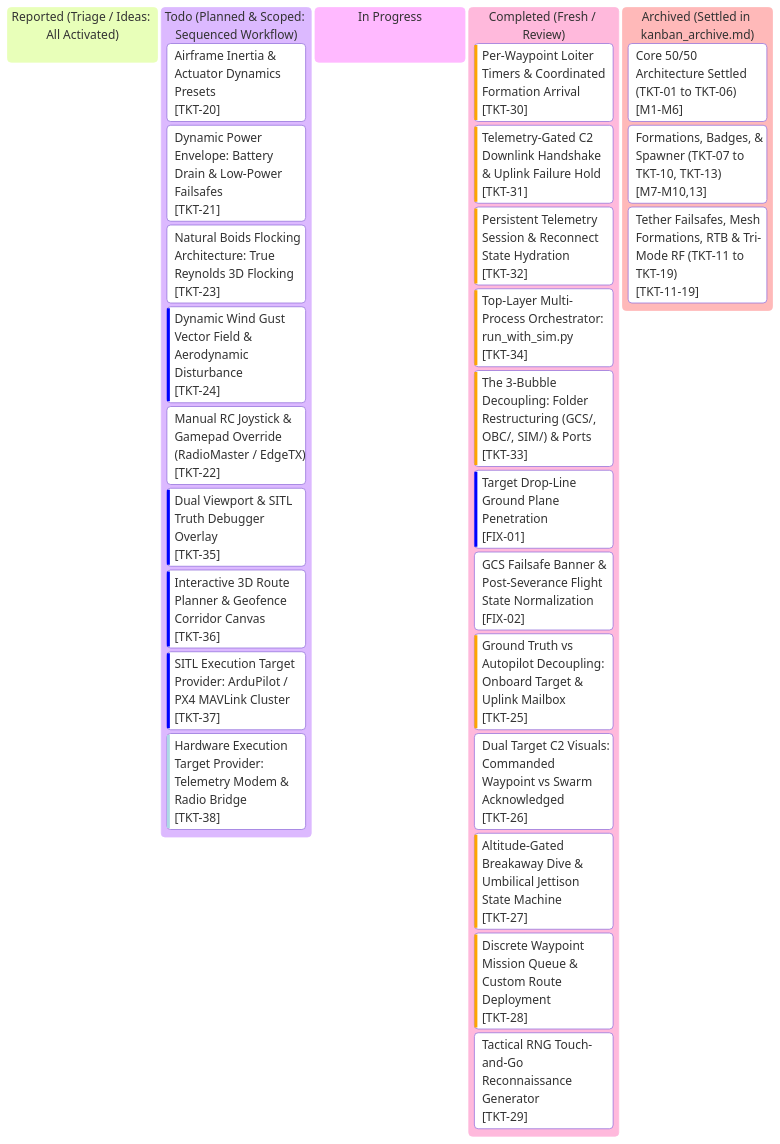
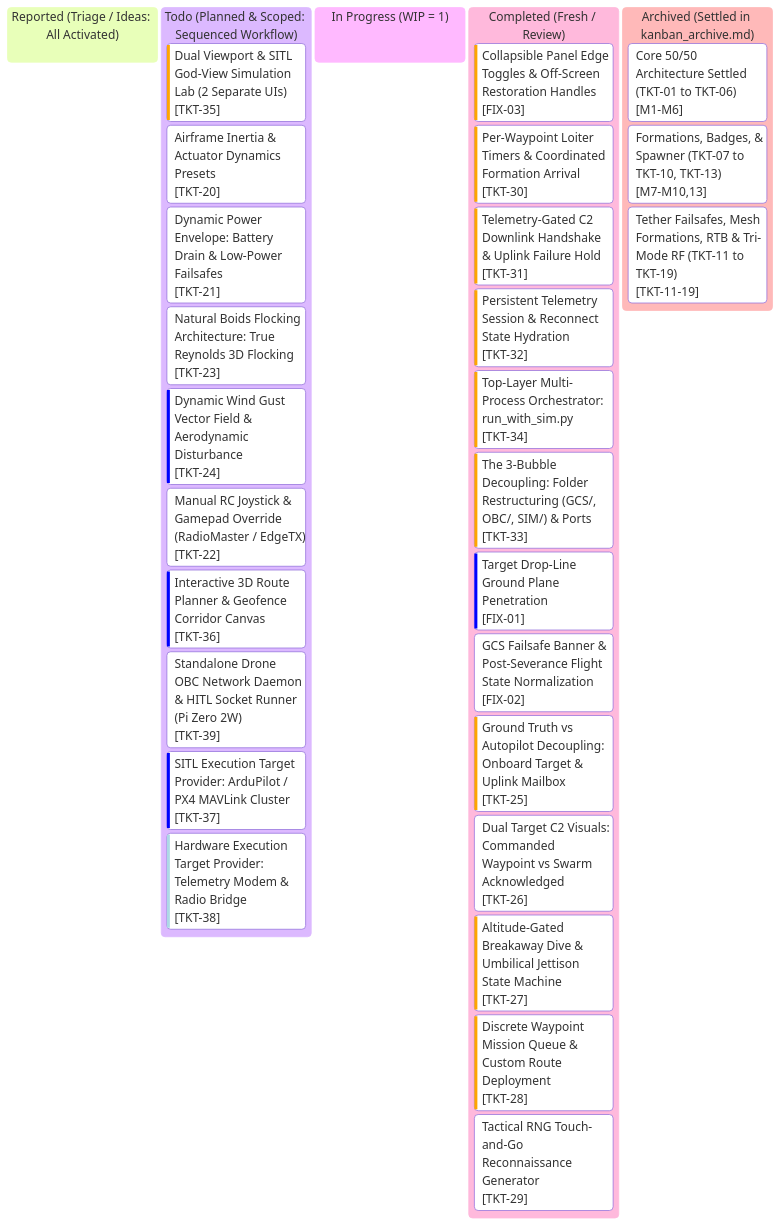
The diagram in kanban.md (AlitheiaDeus/SwarmTech_v3-Uprising), drawn with Mermaid before and after one commit. The commit also changed other lines of this file and 4 other files, not shown here.

First line of the commit message:
fix(ui): add edge restoration tabs for collapsible panels [FIX-03]

````diff
--- a/kanban.md
+++ b/kanban.md
@@ -10,52 +10,54 @@
 ```mermaid
 %%{init: {
   'theme': 'base',
   'themeVariables': {
     'primaryColor': '#0d2235',
     'primaryTextColor': '#d4f4ff',
     'primaryBorderColor': '#00f0ff',
     'lineColor': '#00f0ff',
     'background': '#061019',
     'mainBkg': '#0a1926',
     'secondaryColor': '#081420',
     'secondaryTextColor': '#5a7e96',
     'secondaryBorderColor': '#134e6f',
     'tertiaryColor': '#0e263d',
     'tertiaryTextColor': '#00ffaa',
     'tertiaryBorderColor': '#00ffaa',
     'clusterBkg': '#081420',
     'clusterBorder': '#134e6f',
     'fontFamily': "'JetBrains Mono', 'Courier New', monospace"
   }
 }}%%
 kanban
   reported["Reported (Triage / Ideas: All Activated)"]
   todo["Todo (Planned & Scoped: Sequenced Workflow)"]
+    tkt35["Dual Viewport & SITL God-View Simulation Lab (2 Separate UIs)"]@{ ticket: '[TKT-35]', priority: 'High' }
     tkt20["Airframe Inertia & Actuator Dynamics Presets"]@{ ticket: '[TKT-20]', priority: 'Medium' }
     tkt21["Dynamic Power Envelope: Battery Drain & Low-Power Failsafes"]@{ ticket: '[TKT-21]', priority: 'Medium' }
     tkt23["Natural Boids Flocking Architecture: True Reynolds 3D Flocking"]@{ ticket: '[TKT-23]', priority: 'Medium' }
     tkt24["Dynamic Wind Gust Vector Field & Aerodynamic Disturbance"]@{ ticket: '[TKT-24]', priority: 'Low' }
     tkt22["Manual RC Joystick & Gamepad Override (RadioMaster / EdgeTX)"]@{ ticket: '[TKT-22]', priority: 'Medium' }
-    tkt35["Dual Viewport & SITL Truth Debugger Overlay"]@{ ticket: '[TKT-35]', priority: 'Low' }
     tkt36["Interactive 3D Route Planner & Geofence Corridor Canvas"]@{ ticket: '[TKT-36]', priority: 'Low' }
+    tkt39["Standalone Drone OBC Network Daemon & HITL Socket Runner (Pi Zero 2W)"]@{ ticket: '[TKT-39]', priority: 'Medium' }
     tkt37["SITL Execution Target Provider: ArduPilot / PX4 MAVLink Cluster"]@{ ticket: '[TKT-37]', priority: 'Low' }
     tkt38["Hardware Execution Target Provider: Telemetry Modem & Radio Bridge"]@{ ticket: '[TKT-38]', priority: 'Very Low' }
-  in_progress["In Progress"]
+  in_progress["In Progress (WIP = 1)"]
   completed["Completed (Fresh / Review)"]
+    fix03["Collapsible Panel Edge Toggles & Off-Screen Restoration Handles"]@{ ticket: '[FIX-03]', priority: 'High' }
     tkt30["Per-Waypoint Loiter Timers & Coordinated Formation Arrival"]@{ ticket: '[TKT-30]', priority: 'High' }
     tkt31["Telemetry-Gated C2 Downlink Handshake & Uplink Failure Hold"]@{ ticket: '[TKT-31]', priority: 'High' }
     tkt32["Persistent Telemetry Session & Reconnect State Hydration"]@{ ticket: '[TKT-32]', priority: 'High' }
     tkt34["Top-Layer Multi-Process Orchestrator: run_with_sim.py"]@{ ticket: '[TKT-34]', priority: 'High' }
     tkt33["The 3-Bubble Decoupling: Folder Restructuring (GCS/, OBC/, SIM/) & Ports"]@{ ticket: '[TKT-33]', priority: 'High' }
     fix01["Target Drop-Line Ground Plane Penetration"]@{ ticket: '[FIX-01]', priority: 'Low' }
     fix02["GCS Failsafe Banner & Post-Severance Flight State Normalization"]@{ ticket: '[FIX-02]', priority: 'Medium' }
     tkt25["Ground Truth vs Autopilot Decoupling: Onboard Target & Uplink Mailbox"]@{ ticket: '[TKT-25]', priority: 'High' }
     tkt26["Dual Target C2 Visuals: Commanded Waypoint vs Swarm Acknowledged"]@{ ticket: '[TKT-26]', priority: 'Medium' }
     tkt27["Altitude-Gated Breakaway Dive & Umbilical Jettison State Machine"]@{ ticket: '[TKT-27]', priority: 'High' }
     tkt28["Discrete Waypoint Mission Queue & Custom Route Deployment"]@{ ticket: '[TKT-28]', priority: 'High' }
     tkt29["Tactical RNG Touch-and-Go Reconnaissance Generator"]@{ ticket: '[TKT-29]', priority: 'Medium' }
   archived["Archived (Settled in kanban_archive.md)"]
     arch_m1_6["Core 50/50 Architecture Settled (TKT-01 to TKT-06)"]@{ ticket: '[M1-M6]' }
     arch_m7_10_13["Formations, Badges, & Spawner (TKT-07 to TKT-10, TKT-13)"]@{ ticket: '[M7-M10,13]' }
     arch_m11_19["Tether Failsafes, Mesh Formations, RTB & Tri-Mode RF (TKT-11 to TKT-19)"]@{ ticket: '[TKT-11-19]' }
 ```
````
